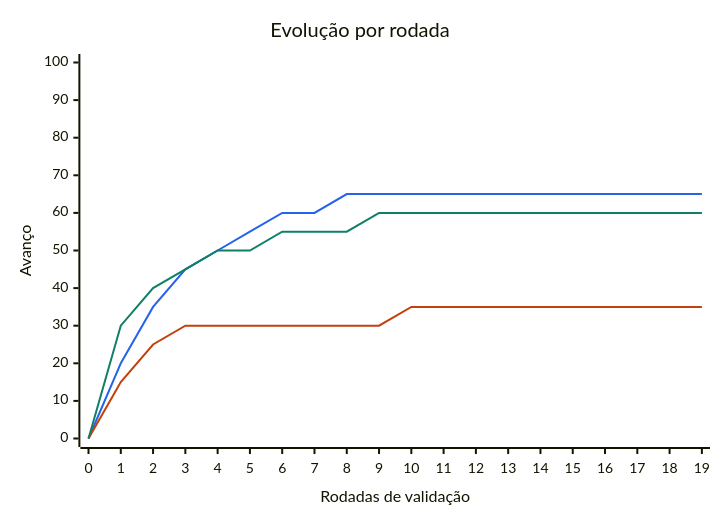
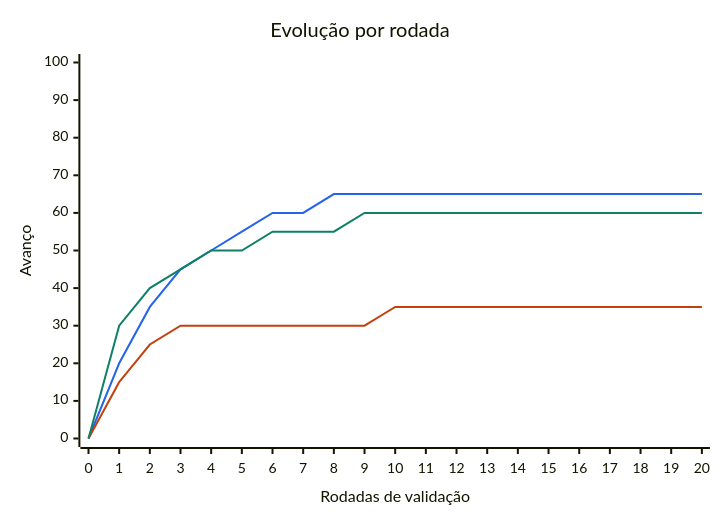
The diagram in docs/colaboracao/ACOMPANHAMENTO.md (thiagozonda1989-stack/simuladorCotacao), drawn with Mermaid before and after one commit. The commit also changed other lines of this file and 1 other file, not shown here.

Commit message:
Atualiza painel com o fechamento bloqueado da rodada 20

````diff
--- a/docs/colaboracao/ACOMPANHAMENTO.md
+++ b/docs/colaboracao/ACOMPANHAMENTO.md
@@ -11,15 +11,15 @@
 ```mermaid
 ---
 config:
   themeVariables:
     xyChart:
       plotColorPalette: "#2563eb,#c2410c,#0e8066"
 ---
 xychart-beta
   title "Evolução por rodada"
-  x-axis "Rodadas de validação" [0, 1, 2, 3, 4, 5, 6, 7, 8, 9, 10, 11, 12, 13, 14, 15, 16, 17, 18, 19]
+  x-axis "Rodadas de validação" [0, 1, 2, 3, 4, 5, 6, 7, 8, 9, 10, 11, 12, 13, 14, 15, 16, 17, 18, 19, 20]
   y-axis "Avanço" 0 --> 100
-  line [0, 20, 35, 45, 50, 55, 60, 60, 65, 65, 65, 65, 65, 65, 65, 65, 65, 65, 65, 65]
-  line [0, 15, 25, 30, 30, 30, 30, 30, 30, 30, 35, 35, 35, 35, 35, 35, 35, 35, 35, 35]
-  line [0, 30, 40, 45, 50, 50, 55, 55, 55, 60, 60, 60, 60, 60, 60, 60, 60, 60, 60, 60]
+  line [0, 20, 35, 45, 50, 55, 60, 60, 65, 65, 65, 65, 65, 65, 65, 65, 65, 65, 65, 65, 65]
+  line [0, 15, 25, 30, 30, 30, 30, 30, 30, 30, 35, 35, 35, 35, 35, 35, 35, 35, 35, 35, 35]
+  line [0, 30, 40, 45, 50, 50, 55, 55, 55, 60, 60, 60, 60, 60, 60, 60, 60, 60, 60, 60, 60]
 ```
````
